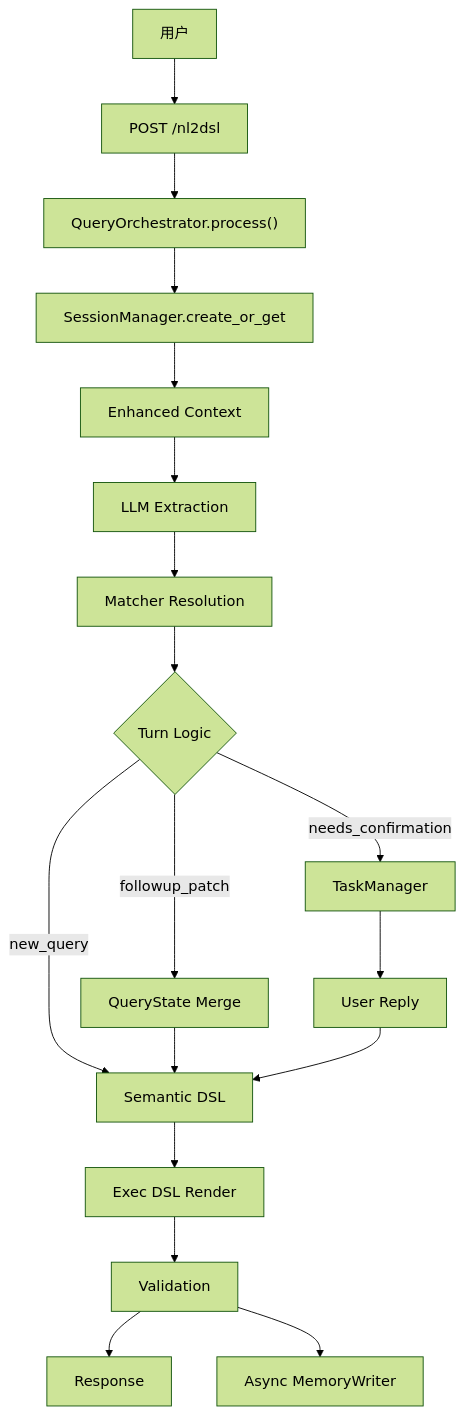
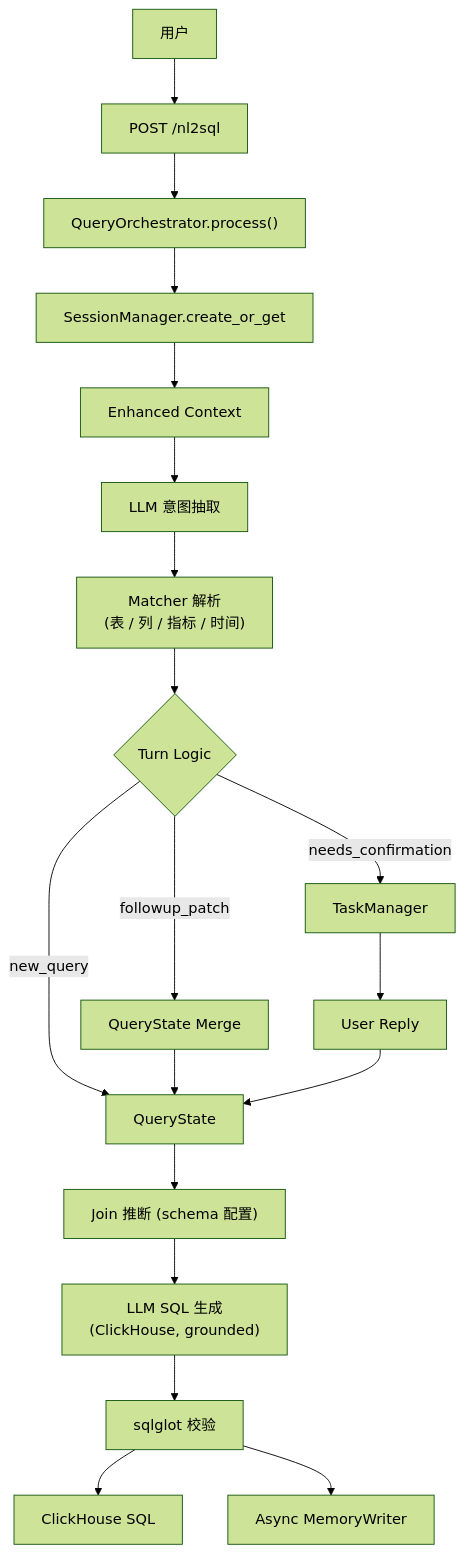
Before and after one commit to frankzh0330/query-agent: the first of 4 diagrams in docs/ARCHITECTURE.zh-CN.md, drawn with Mermaid (forest theme). The commit also changed other lines of this file and 82 other files, not shown here.

````diff
--- a/docs/ARCHITECTURE.zh-CN.md
+++ b/docs/ARCHITECTURE.zh-CN.md
@@ -70,20 +71,21 @@
 ```mermaid
 flowchart TD
-    U["用户"] --> API["POST /nl2dsl"]
+    U["用户"] --> API["POST /nl2sql"]
     API --> ORC["QueryOrchestrator.process()"]
     ORC --> S["SessionManager.create_or_get"]
     S --> C["Enhanced Context"]
-    C --> L1["LLM Extraction"]
-    L1 --> L2["Matcher Resolution"]
+    C --> L1["LLM 意图抽取"]
+    L1 --> L2["Matcher 解析<br/>(表 / 列 / 指标 / 时间)"]
     L2 --> T{"Turn Logic"}
-    T -->|new_query| D1["Semantic DSL"]
+    T -->|new_query| S1["QueryState"]
     T -->|followup_patch| M["QueryState Merge"]
-    M --> D1
+    M --> S1
     T -->|needs_confirmation| K["TaskManager"]
     K --> R["User Reply"]
-    R --> D1
-    D1 --> D2["Exec DSL Render"]
-    D2 --> V["Validation"]
-    V --> O["Response"]
+    R --> S1
+    S1 --> J["Join 推断 (schema 配置)"]
+    J --> G["LLM SQL 生成<br/>(ClickHouse, grounded)"]
+    G --> V["sqlglot 校验"]
+    V --> O["ClickHouse SQL"]
     V --> ML["Async MemoryWriter"]
 ```
````
